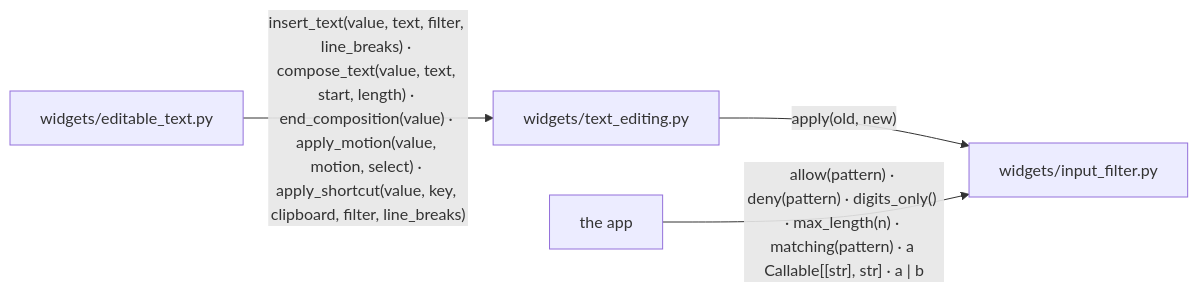
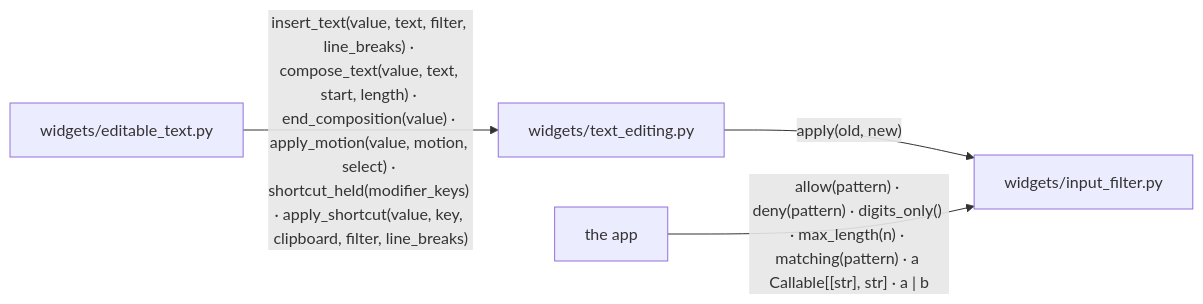
Before and after one commit to yuksblog/nuiitivet: the second of 9 diagrams in docs/design/TEXT_EDITING.md, drawn with Mermaid. The commit also changed other lines of this file and 14 other files, not shown here.

````diff
--- a/docs/design/TEXT_EDITING.md
+++ b/docs/design/TEXT_EDITING.md
@@ -53,11 +55,11 @@
 ```mermaid
 flowchart LR
     value[widgets/text_editing.py]
     filter[widgets/input_filter.py]
     editor[widgets/editable_text.py]
     app[the app]
 
-    editor -- "insert_text(value, text, filter, line_breaks) · compose_text(value, text, start, length) · end_composition(value) · apply_motion(value, motion, select) · apply_shortcut(value, key, clipboard, filter, line_breaks)" --> value
+    editor -- "insert_text(value, text, filter, line_breaks) · compose_text(value, text, start, length) · end_composition(value) · apply_motion(value, motion, select) · shortcut_held(modifier_keys) · apply_shortcut(value, key, clipboard, filter, line_breaks)" --> value
     value -- "apply(old, new)" --> filter
     app -- "allow(pattern) · deny(pattern) · digits_only() · max_length(n) · matching(pattern) · a Callable[[str], str] · a | b" --> filter
 ```
````
